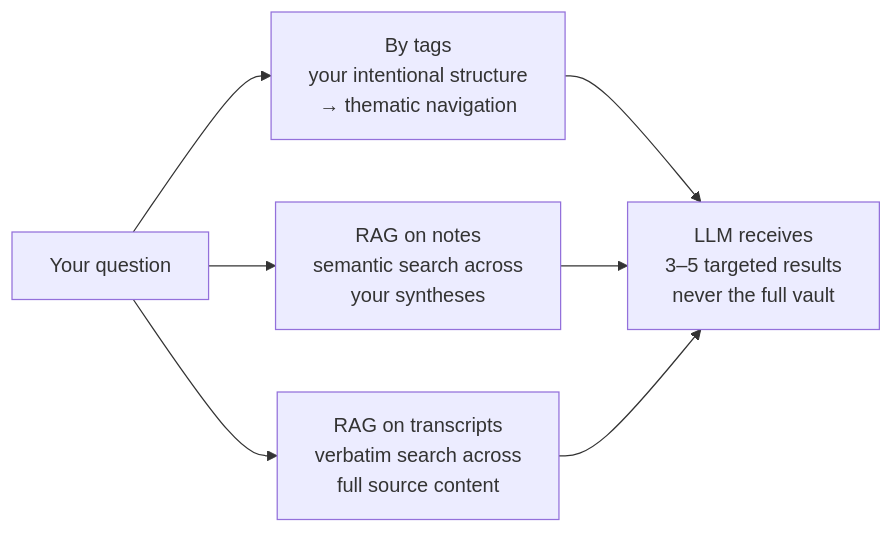
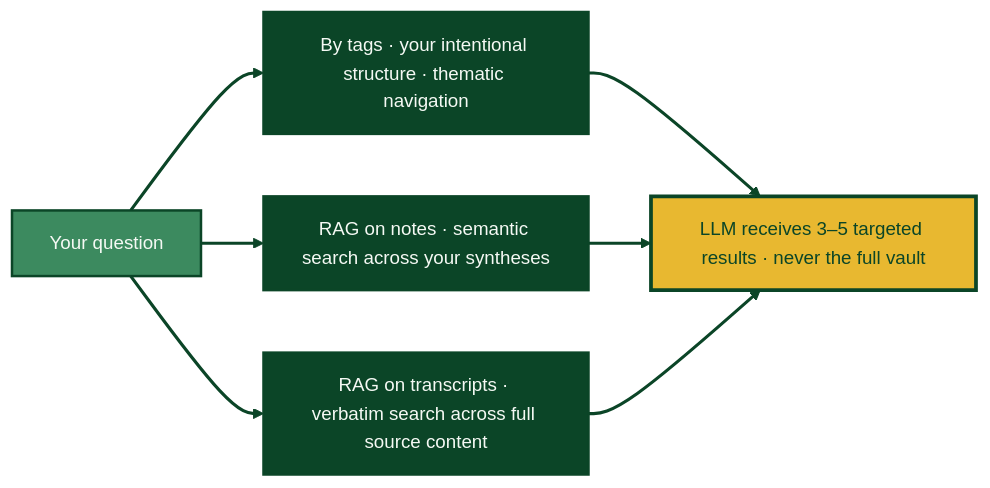
One commit to Vincent-20-100/egovault changed the second of 3 diagrams in README.md. Above: the diagram before and after it, drawn with Mermaid. The commit also changed other lines of this file and 5 other files, not shown here.

First line of the commit message:
docs: brand identity — pixel banner, logo set, themed mermaid diagrams

````diff
--- a/README.md
+++ b/README.md
@@ -82,8 +99,15 @@
 ```mermaid
+%%{init: {'theme':'base','themeVariables':{'fontFamily':'ui-sans-serif, system-ui, -apple-system, Segoe UI, sans-serif','fontSize':'15px','primaryColor':'#0B4527','primaryTextColor':'#F5F9F4','primaryBorderColor':'#0B4527','lineColor':'#0B4527','secondaryColor':'#3C8A5F','tertiaryColor':'#8FE0A0'}}}%%
 flowchart LR
-    Q["Your question"] --> M1["By tags\nyour intentional structure\n→ thematic navigation"]
-    Q --> M2["RAG on notes\nsemantic search across\nyour syntheses"]
-    Q --> M3["RAG on transcripts\nverbatim search across\nfull source content"]
+    classDef question fill:#3C8A5F,stroke:#0B4527,stroke-width:2px,color:#F5F9F4
+    classDef mode fill:#0B4527,stroke:#0B4527,stroke-width:2px,color:#F5F9F4
+    classDef result fill:#E8B830,stroke:#0B4527,stroke-width:3px,color:#0B4527
 
-    M1 & M2 & M3 --> LLM["LLM receives\n3–5 targeted results\nnever the full vault"]
+    Q["Your question"]:::question --> M1["By tags · your intentional structure · thematic navigation"]:::mode
+    Q --> M2["RAG on notes · semantic search across your syntheses"]:::mode
+    Q --> M3["RAG on transcripts · verbatim search across full source content"]:::mode
+
+    M1 & M2 & M3 --> LLM["LLM receives 3–5 targeted results · never the full vault"]:::result
+
+    linkStyle default stroke:#0B4527,stroke-width:2.5px
 ```
````
